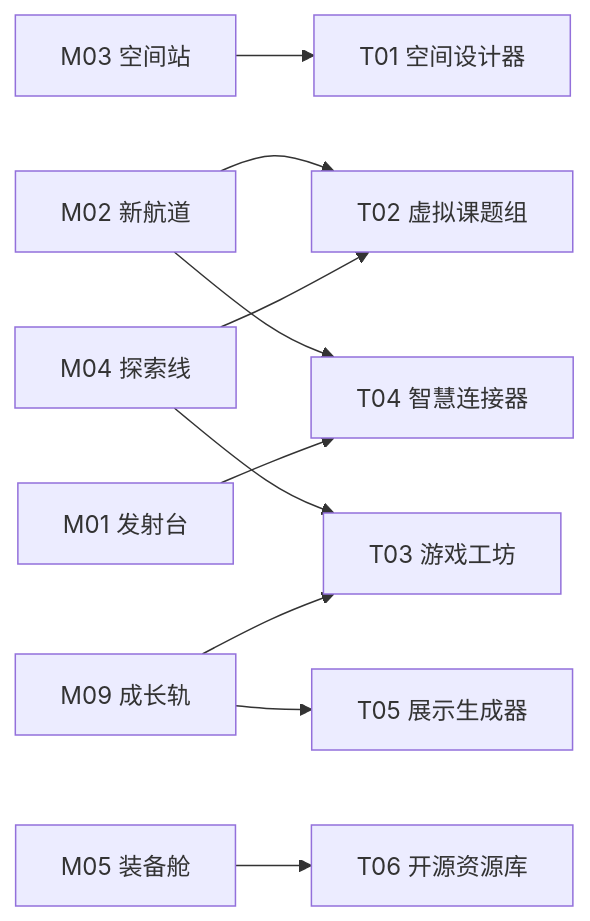
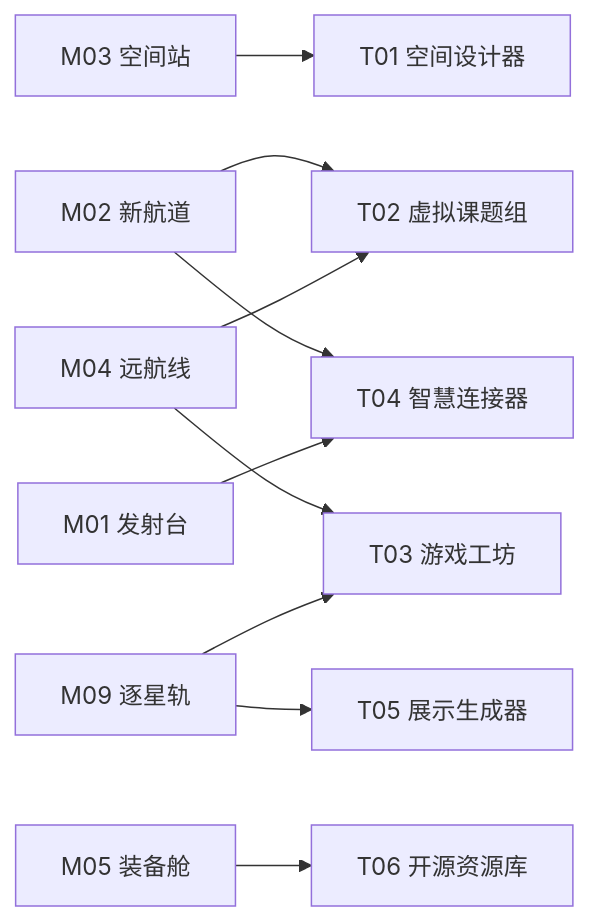
Before and after one commit to openwisdomlab/owlab: the diagram in content/docs/zh/resources/index.mdx, drawn with Mermaid. The commit also changed other lines of this file and 25 other files, not shown here.

First line of the commit message:
feat(docs): update M04 to 远航线 and M09 to 逐星轨

````diff
--- a/content/docs/zh/resources/index.mdx
+++ b/content/docs/zh/resources/index.mdx
@@ -103,12 +103,12 @@
 ```mermaid
 graph LR
     M03[M03 空间站] --> T01[T01 空间设计器]
     M02[M02 新航道] --> T02[T02 虚拟课题组]
-    M04[M04 探索线] --> T02
+    M04[M04 远航线] --> T02
     M04 --> T03[T03 游戏工坊]
-    M09[M09 成长轨] --> T03
+    M09[M09 逐星轨] --> T03
     M02 --> T04[T04 智慧连接器]
     M01[M01 发射台] --> T04
     M09 --> T05[T05 展示生成器]
     M05[M05 装备舱] --> T06[T06 开源资源库]
 ```
````
